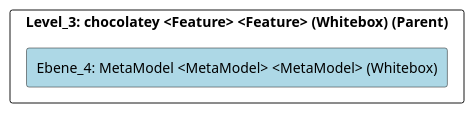
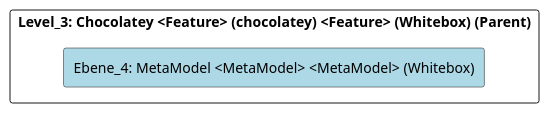
The diagram in doc/cleonproject_deliverables_architecture_model_architecture/adoc/de/05_bausteinsicht/cleon/operational_methods/chocolatey/metamodel/ebene_4_metamodel.adoc (marcozwyssig/cleon), drawn with PlantUML before and after one commit. The commit also changed other lines of this file and 166 other files, not shown here.

```diff
--- a/doc/cleonproject_deliverables_architecture_model_architecture/adoc/de/05_bausteinsicht/cleon/operational_methods/chocolatey/metamodel/ebene_4_metamodel.adoc
+++ b/doc/cleonproject_deliverables_architecture_model_architecture/adoc/de/05_bausteinsicht/cleon/operational_methods/chocolatey/metamodel/ebene_4_metamodel.adoc
@@ -20,24 +20,24 @@
 [plantuml, Ebene_4: MetaModel <MetaModel> <MetaModel> (Whitebox)BlockOverview, format="svg"]
 ----
 @startuml Ebene_4: MetaModel <MetaModel> <MetaModel> (Whitebox)BuildingBlockOverview
 
 skinparam ranksep 10
 skinparam componentStyle rectangle
 skinparam shadowing false
 skinparam arrowColor lightblue
 skinparam arrowThickness 1.2
 skinparam rectangle {
   BackgroundColor White
   BorderColor #333
   RoundCorner 10
 }
 top to bottom direction
 
-component "Level_3: chocolatey <Feature> <Feature> (Whitebox) (Parent)" {
+component "Level_3: Chocolatey <Feature> (chocolatey) <Feature> (Whitebox) (Parent)" {
     component "Ebene_4: MetaModel <MetaModel> <MetaModel> (Whitebox)" #lightblue {
     }
 
 }
 
 @enduml
 ----
```
